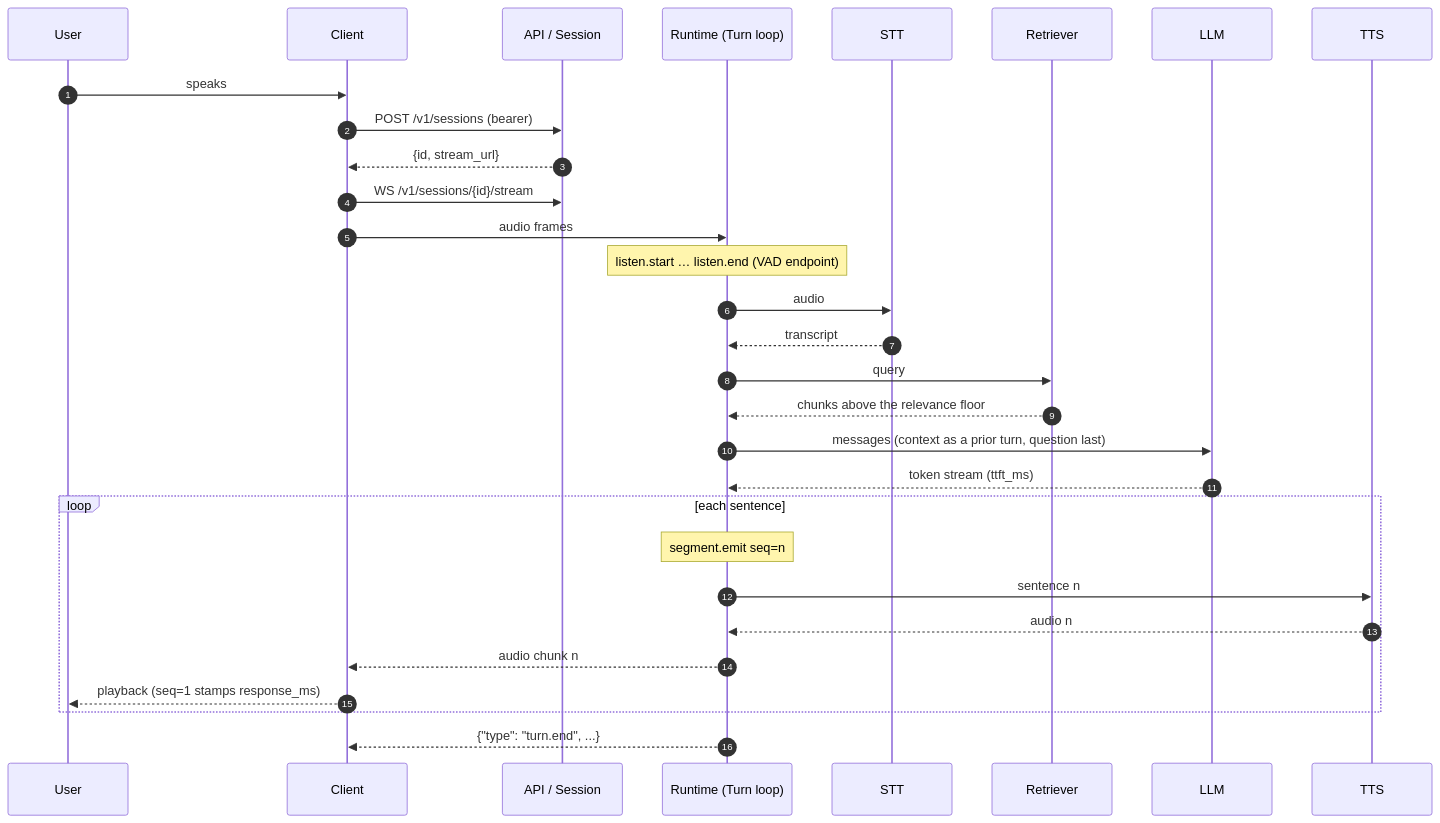
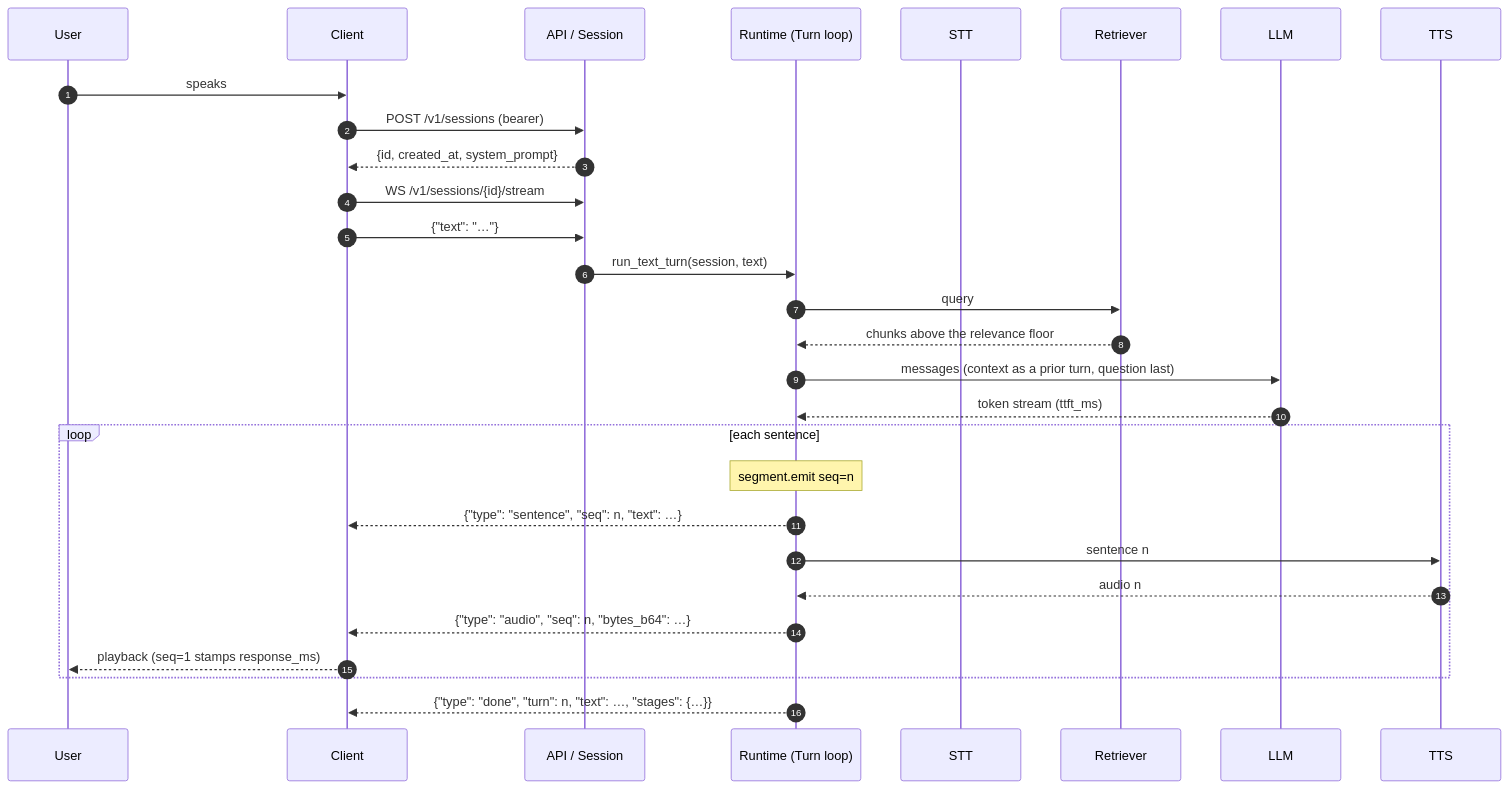
The diagram in docs/architecture/full-stack.md (hyperscaleailabs/voice-ml-platform), drawn with Mermaid before and after one commit. The commit also changed other lines of this file and 34 other files, not shown here.

````diff
--- a/docs/architecture/full-stack.md
+++ b/docs/architecture/full-stack.md
@@ -53,33 +63,32 @@
 ```mermaid
 sequenceDiagram
     autonumber
     participant U as User
     participant C as Client
     participant A as API / Session
     participant R as Runtime (Turn loop)
     participant S as STT
     participant G as Retriever
     participant L as LLM
     participant T as TTS
 
     U->>C: speaks
     C->>A: POST /v1/sessions (bearer)
-    A-->>C: {id, stream_url}
+    A-->>C: {id, created_at, system_prompt}
     C->>A: WS /v1/sessions/{id}/stream
-    C->>R: audio frames
-    Note over R: listen.start … listen.end (VAD endpoint)
-    R->>S: audio
-    S-->>R: transcript
+    C->>A: {"text": "…"}
+    A->>R: run_text_turn(session, text)
     R->>G: query
     G-->>R: chunks above the relevance floor
     R->>L: messages (context as a prior turn, question last)
     L-->>R: token stream (ttft_ms)
     loop each sentence
         Note over R: segment.emit seq=n
+        R-->>C: {"type": "sentence", "seq": n, "text": …}
         R->>T: sentence n
         T-->>R: audio n
-        R-->>C: audio chunk n
+        R-->>C: {"type": "audio", "seq": n, "bytes_b64": …}
         C-->>U: playback (seq=1 stamps response_ms)
     end
-    R-->>C: {"type": "turn.end", ...}
+    R-->>C: {"type": "done", "turn": n, "text": …, "stages": {…}}
 ```
````
